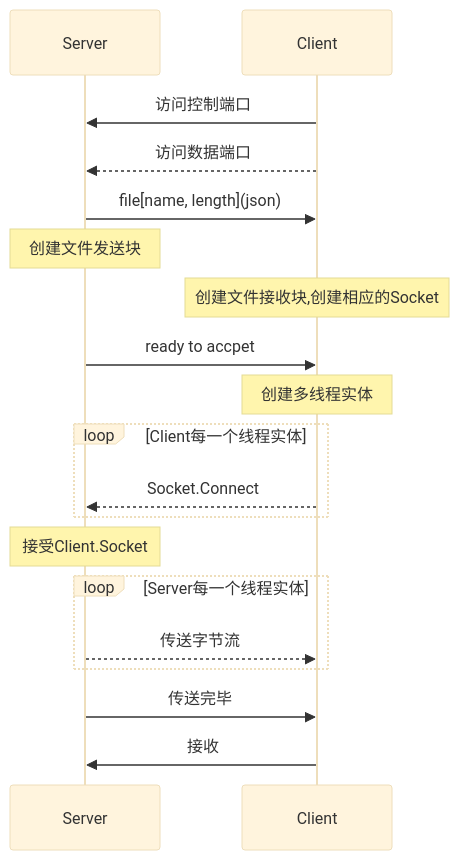
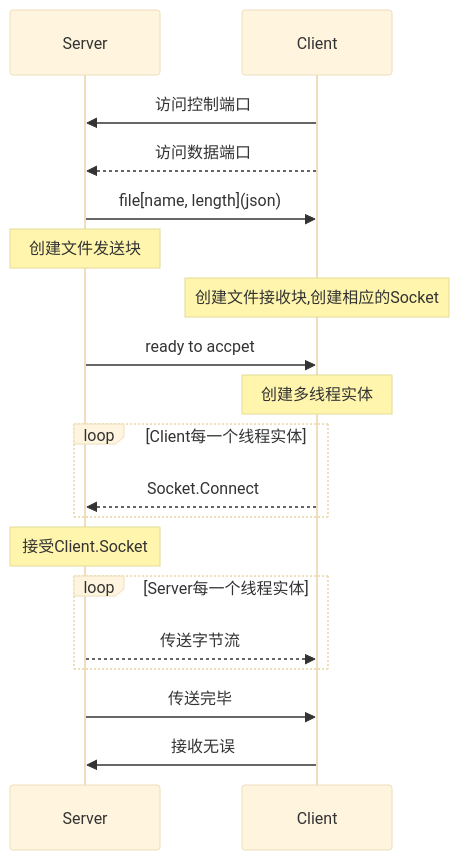
The diagram in README.MD (Hughsean/MultiThread-FileTransferr), drawn with Mermaid (base theme) before and after one commit. The commit also changed 13 other files, not shown here.

````diff
--- a/README.MD
+++ b/README.MD
@@ -1,22 +1,22 @@
 ```mermaid
 sequenceDiagram
 participant s as Server
 participant c as Client
 c->>s:访问控制端口
 c-->>s:访问数据端口
 
 s->>c:file[name, length](json)
 note over s:创建文件发送块
 note over c:创建文件接收块,创建相应的Socket
 s->>c:ready to accpet
 note over c:创建多线程实体
 	loop Client每一个线程实体
 		c-->>s:Socket.Connect
 	end
 note over s:接受Client.Socket
 	loop Server每一个线程实体
 		s-->>c:传送字节流
 	end
 s->>c:传送完毕
-c->>s:接收
+c->>s:接收无误
 ```
````
